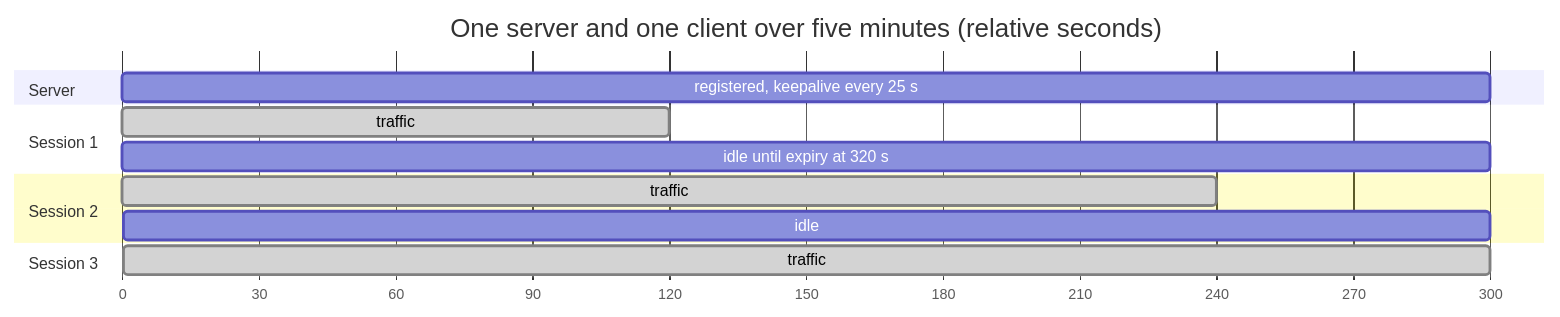
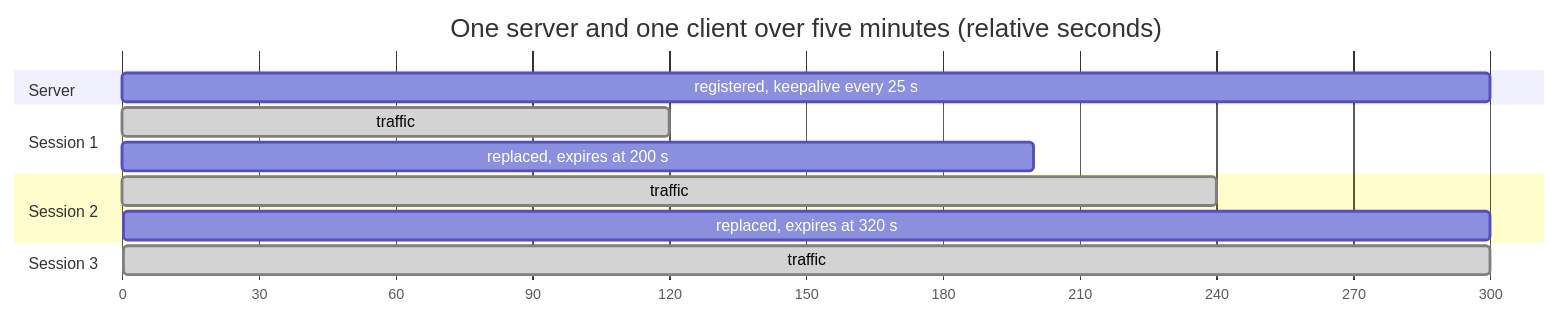
Diagram 17 of 22 in docs/how-it-works.md (3alpha/wg-relay), drawn with Mermaid before and after one commit. The commit also changed other lines of this file and 11 other files, not shown here.

````diff
--- a/docs/how-it-works.md
+++ b/docs/how-it-works.md
@@ -552,16 +570,16 @@
 ```mermaid
 gantt
     title One server and one client over five minutes (relative seconds)
     dateFormat X
     axisFormat %s
     section Server
     registered, keepalive every 25 s     :0, 300
     section Session 1
     traffic                              :done, 0, 120
-    idle until expiry at 320 s           :120, 300
+    replaced, expires at 200 s           :120, 200
     section Session 2
     traffic                              :done, 120, 240
-    idle                                 :240, 300
+    replaced, expires at 320 s           :240, 300
     section Session 3
     traffic                              :done, 240, 300
 ```
````
